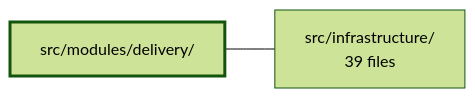
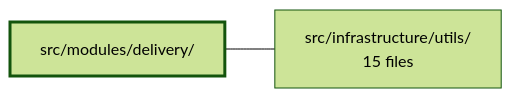
Before and after one commit to Guebbit/boilerplate-vue-frontend: the diagram in .2brain/modules/boilerplate-vue-frontend_src_modules_delivery.md, drawn with Mermaid (forest theme). The commit also changed other lines of this file and 960 other files, not shown here.

````diff
--- a/.2brain/modules/boilerplate-vue-frontend_src_modules_delivery.md
+++ b/.2brain/modules/boilerplate-vue-frontend_src_modules_delivery.md
@@ -35,7 +38,7 @@
 ```mermaid
 flowchart LR
     m_src_modules_delivery["src/modules/delivery/"]
-    m_src_infrastructure["src/infrastructure/<br/>39 files"]
-    m_src_modules_delivery --- m_src_infrastructure
+    m_src_infrastructure_utils["src/infrastructure/utils/<br/>15 files"]
+    m_src_modules_delivery --- m_src_infrastructure_utils
     style m_src_modules_delivery stroke-width:3px
 ```
````
